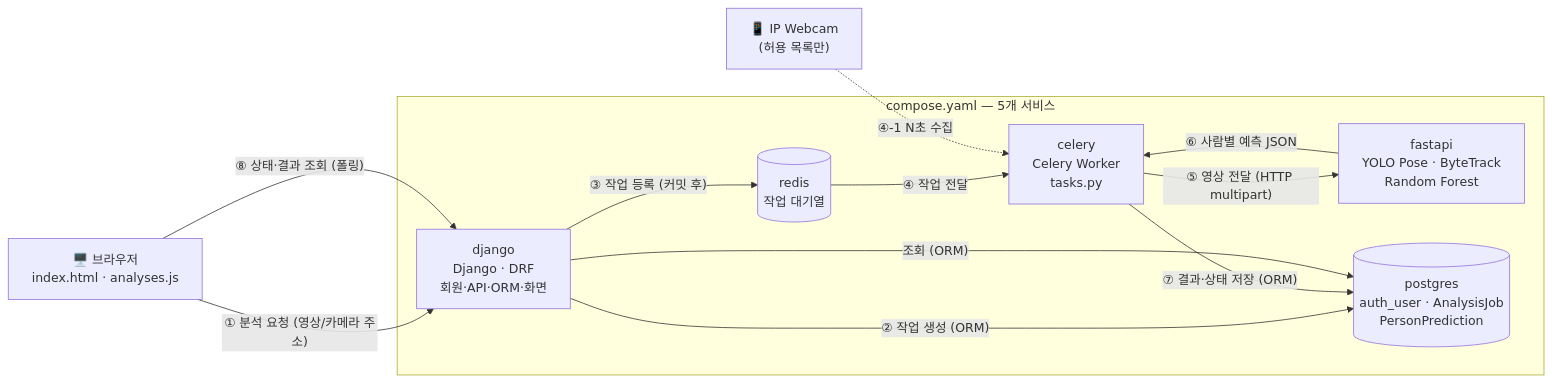
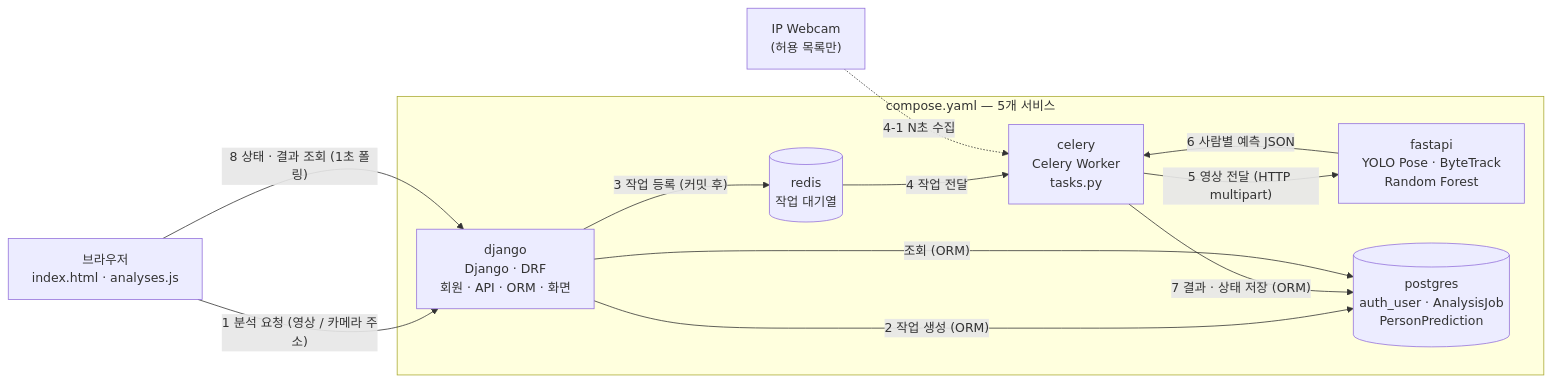
One commit to yonghoonchoi88/VisionAI_Motion_Analysis changed the first of 3 diagrams in README.md. Above: the diagram before and after it, drawn with Mermaid. The commit also changed other lines of this file, not shown here.

````diff
--- a/README.md
+++ b/README.md
@@ -92,23 +105,23 @@
 ```mermaid
 flowchart LR
-    U["🖥️ 브라우저<br/>index.html · analyses.js"]
+    U["브라우저<br/>index.html · analyses.js"]
     subgraph compose["compose.yaml — 5개 서비스"]
-        D["django<br/>Django · DRF<br/>회원·API·ORM·화면"]
+        D["django<br/>Django · DRF<br/>회원 · API · ORM · 화면"]
         R[("redis<br/>작업 대기열")]
         C["celery<br/>Celery Worker<br/>tasks.py"]
         F["fastapi<br/>YOLO Pose · ByteTrack<br/>Random Forest"]
         P[("postgres<br/>auth_user · AnalysisJob<br/>PersonPrediction")]
     end
-    CAM["📱 IP Webcam<br/>(허용 목록만)"]
+    CAM["IP Webcam<br/>(허용 목록만)"]
 
-    U -- "① 분석 요청 (영상/카메라 주소)" --> D
-    D -- "② 작업 생성 (ORM)" --> P
-    D -- "③ 작업 등록 (커밋 후)" --> R
-    R -- "④ 작업 전달" --> C
-    CAM -. "④-1 N초 수집" .-> C
-    C -- "⑤ 영상 전달 (HTTP multipart)" --> F
-    F -- "⑥ 사람별 예측 JSON" --> C
-    C -- "⑦ 결과·상태 저장 (ORM)" --> P
-    U -- "⑧ 상태·결과 조회 (폴링)" --> D
+    U -- "1 분석 요청 (영상 / 카메라 주소)" --> D
+    D -- "2 작업 생성 (ORM)" --> P
+    D -- "3 작업 등록 (커밋 후)" --> R
+    R -- "4 작업 전달" --> C
+    CAM -. "4-1 N초 수집" .-> C
+    C -- "5 영상 전달 (HTTP multipart)" --> F
+    F -- "6 사람별 예측 JSON" --> C
+    C -- "7 결과 · 상태 저장 (ORM)" --> P
+    U -- "8 상태 · 결과 조회 (1초 폴링)" --> D
     D -- "조회 (ORM)" --> P
 ```
````
